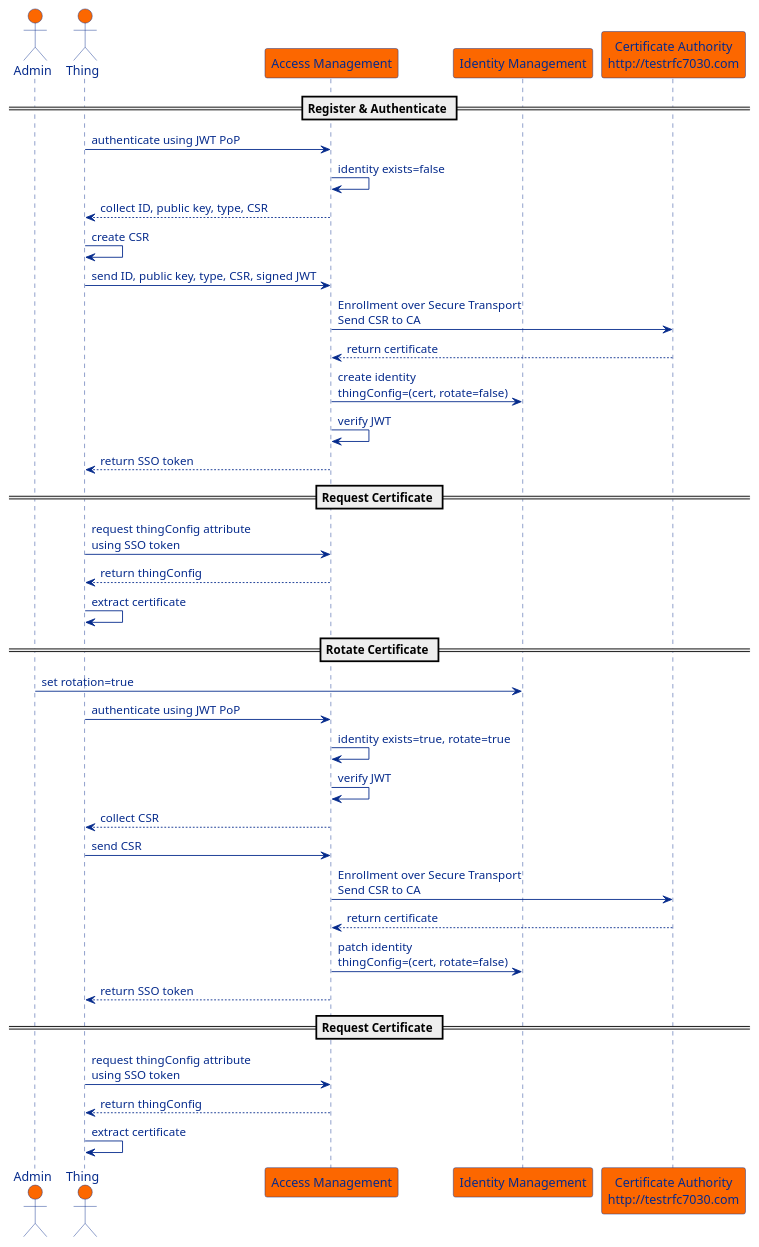
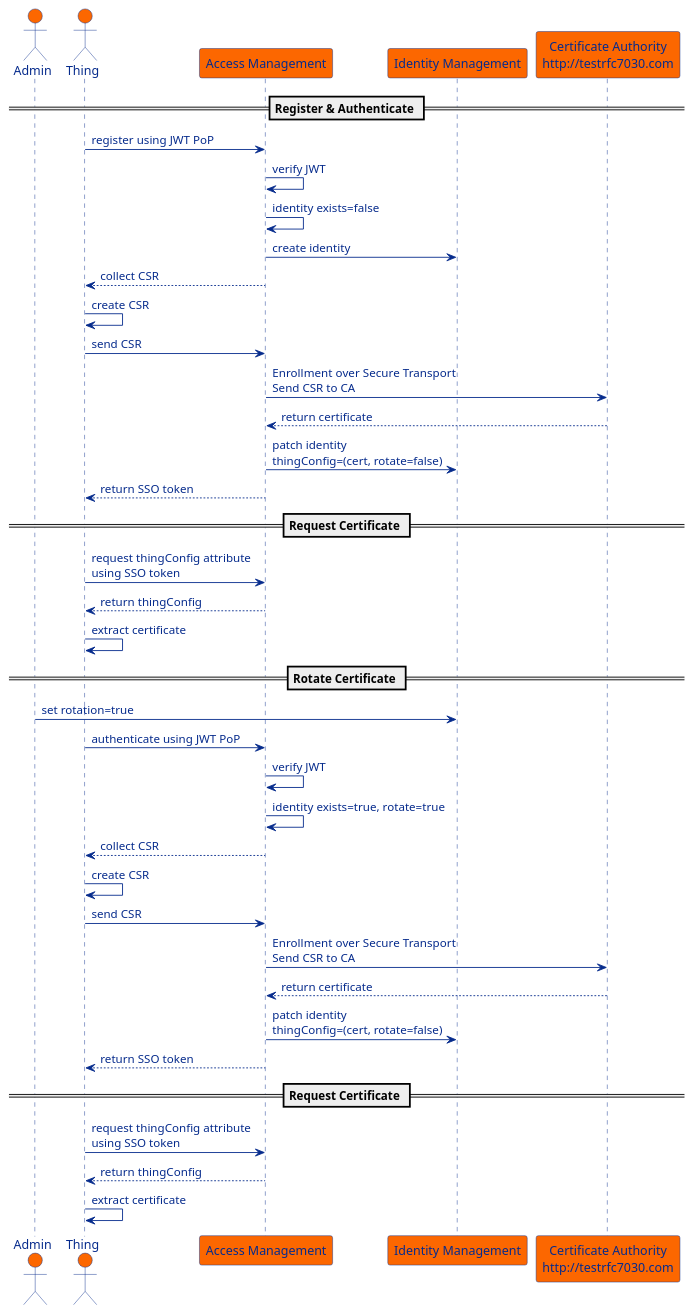
Before and after one commit to ForgeRock/iot-edge: the diagram in examples/proof-of-concept/certificate-management/docs/cert-management.puml, drawn with PlantUML. The commit also changed 88 other files, not shown here.

```diff
--- a/examples/proof-of-concept/certificate-management/docs/cert-management.puml
+++ b/examples/proof-of-concept/certificate-management/docs/cert-management.puml
@@ -1,57 +1,59 @@
 @startuml
 
 skinparam sequence {
     ArrowFontColor #062b8c
     ArrowColor #062b8c
     LifeLineBorderColor #062b8c
 
     ParticipantBorderColor #062b8c
     ParticipantBackgroundColor #fc6700
     ParticipantFontColor #062b8c
 
     ActorBorderColor #062b8c
     ActorBackgroundColor #fc6700
     ActorFontColor #062b8c
 }
 
 actor "Admin" as ad
 actor "Thing" as th
 participant "Access Management" as am
 participant "Identity Management" as idm
 participant "Certificate Authority\nhttp://testrfc7030.com" as ca
 
 == Register & Authenticate ==
-th -> am : authenticate using JWT PoP
+th -> am : register using JWT PoP
+am -> am : verify JWT
 am -> am : identity exists=false
-am --> th : collect ID, public key, type, CSR
+am -> idm : create identity
+am --> th : collect CSR
 th -> th : create CSR
-th -> am : send ID, public key, type, CSR, signed JWT
+th -> am : send CSR
 am -> ca : Enrollment over Secure Transport\nSend CSR to CA
 ca --> am : return certificate
-am -> idm : create identity\nthingConfig=(cert, rotate=false)
-am -> am : verify JWT
+am -> idm : patch identity\nthingConfig=(cert, rotate=false)
 am --> th : return SSO token
 
 == Request Certificate ==
 th -> am : request thingConfig attribute\nusing SSO token
 am --> th : return thingConfig
 th -> th : extract certificate
 
 == Rotate Certificate ==
 ad -> idm : set rotation=true
 th -> am : authenticate using JWT PoP
+am -> am : verify JWT
 am -> am : identity exists=true, rotate=true
-am -> am : verify JWT
 am --> th : collect CSR
+th -> th : create CSR
 th -> am : send CSR
 am -> ca : Enrollment over Secure Transport\nSend CSR to CA
 ca --> am : return certificate
 am -> idm : patch identity\nthingConfig=(cert, rotate=false)
 am --> th : return SSO token
 
 == Request Certificate ==
 th -> am : request thingConfig attribute\nusing SSO token
 am --> th : return thingConfig
 th -> th : extract certificate
 
 @enduml
```
